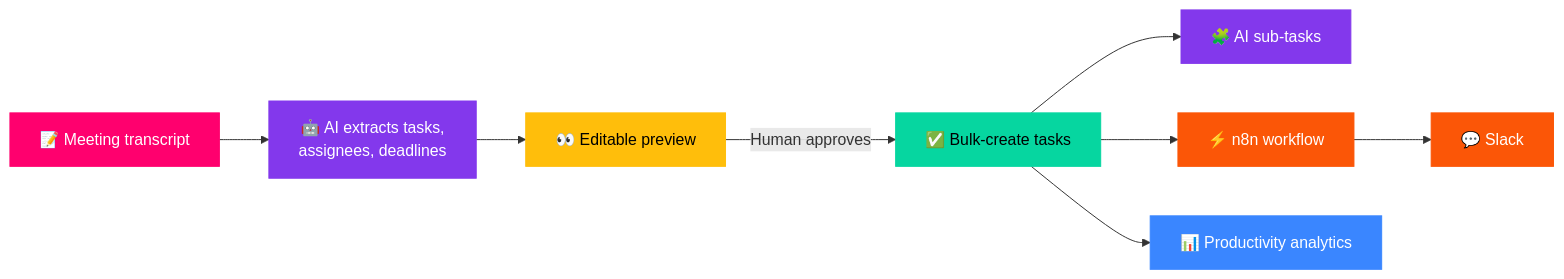
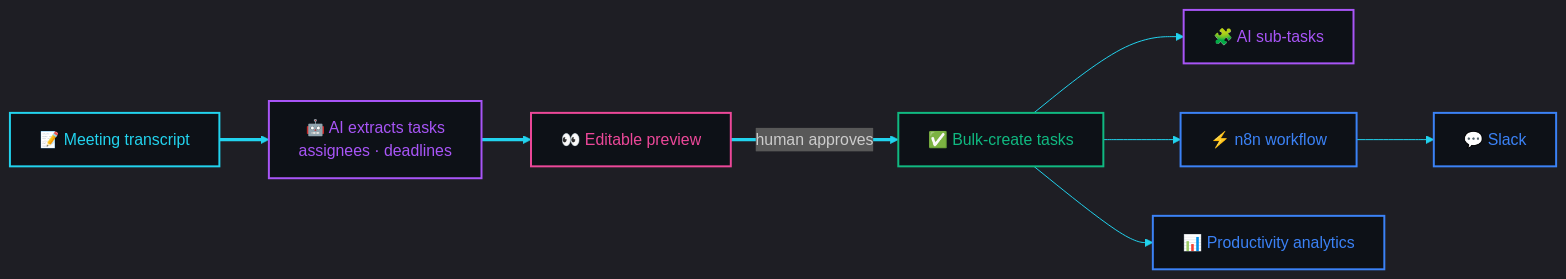
The diagram in README.md (bttu2002/bttu2002), drawn with Mermaid before and after one commit. The commit also changed other lines of this file, not shown here.

````diff
--- a/README.md
+++ b/README.md
@@ -115,23 +137,22 @@
 ```mermaid
+%%{init: {'theme':'dark', 'themeVariables': {'lineColor':'#22D3EE','fontFamily':'monospace'}}}%%
 flowchart LR
-    A["📝 Meeting transcript"] --> B["🤖 AI extracts tasks,<br/>assignees, deadlines"]
-    B --> C["👀 Editable preview"]
-    C -->|"Human approves"| D["✅ Bulk-create tasks"]
+    A["📝 Meeting transcript"] ==> B["🤖 AI extracts tasks<br/>assignees · deadlines"]
+    B ==> C["👀 Editable preview"]
+    C ==>|"human approves"| D["✅ Bulk-create tasks"]
     D --> E["🧩 AI sub-tasks"]
     D --> F["⚡ n8n workflow"]
     F --> G["💬 Slack"]
     D --> H["📊 Productivity analytics"]
 
-    classDef pink fill:#FF006E,stroke:#FF006E,color:#FFFFFF
-    classDef purple fill:#8338EC,stroke:#8338EC,color:#FFFFFF
-    classDef blue fill:#3A86FF,stroke:#3A86FF,color:#FFFFFF
-    classDef green fill:#06D6A0,stroke:#06D6A0,color:#000000
-    classDef yellow fill:#FFBE0B,stroke:#FFBE0B,color:#000000
-    classDef orange fill:#FB5607,stroke:#FB5607,color:#FFFFFF
-    class A pink
-    class B,E purple
-    class C yellow
+    classDef cyan fill:#0D1117,stroke:#22D3EE,stroke-width:2px,color:#22D3EE
+    classDef violet fill:#0D1117,stroke:#A855F7,stroke-width:2px,color:#A855F7
+    classDef pink fill:#0D1117,stroke:#EC4899,stroke-width:2px,color:#EC4899
+    classDef green fill:#0D1117,stroke:#10B981,stroke-width:2px,color:#10B981
+    classDef blue fill:#0D1117,stroke:#3B82F6,stroke-width:2px,color:#3B82F6
+    class A cyan
+    class B,E violet
+    class C pink
     class D green
-    class F,G orange
-    class H blue
+    class F,G,H blue
 ```
````
